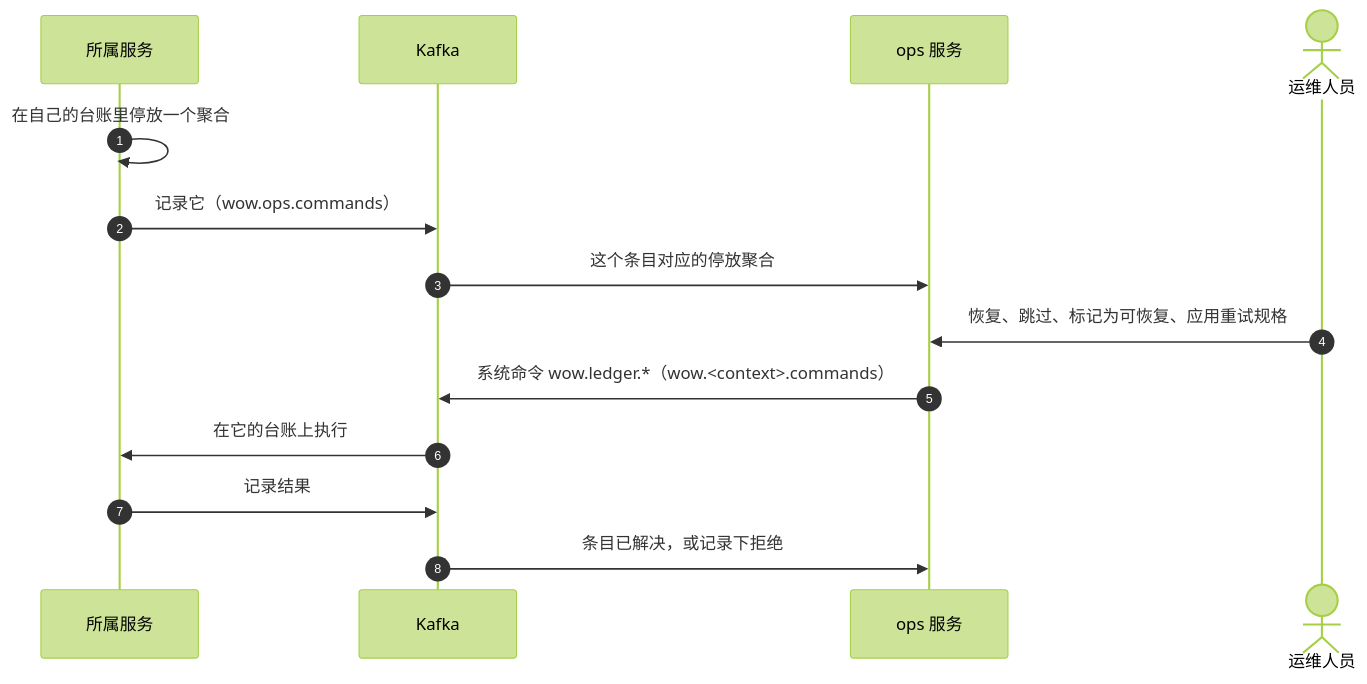
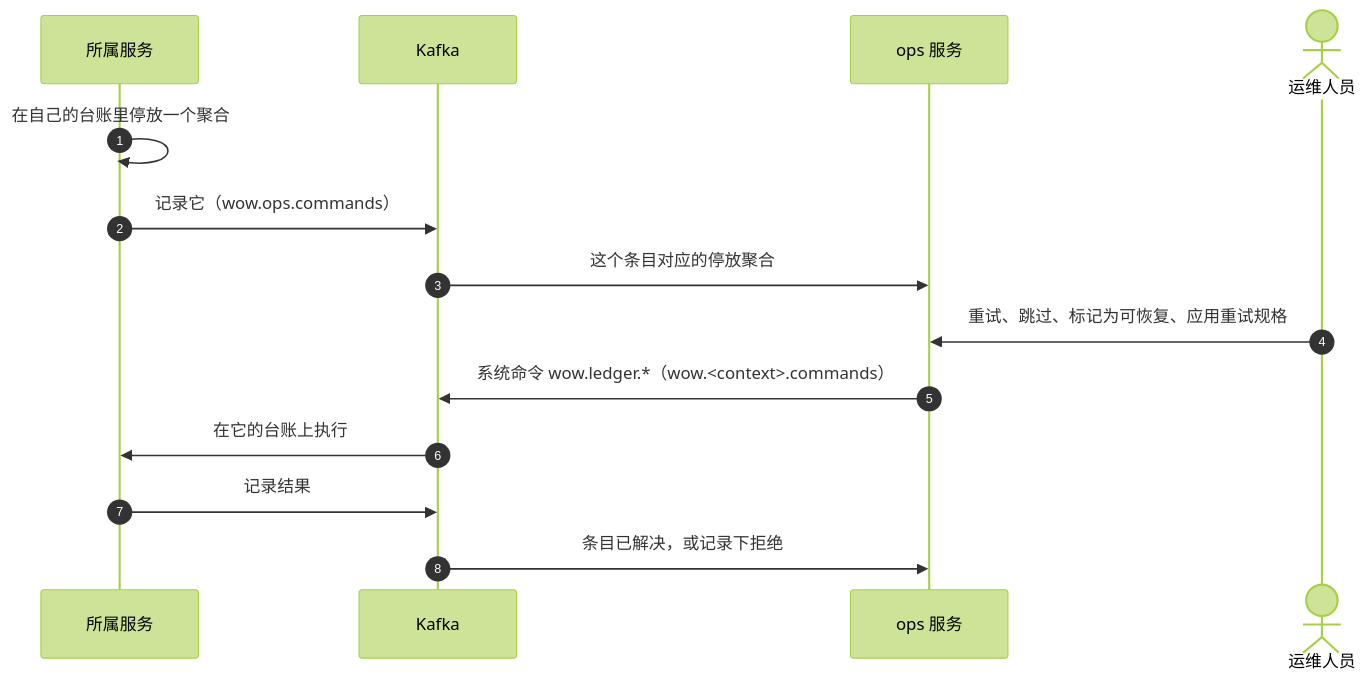
The diagram in documentation/docs/zh/operate/ops-console.md (Ahoo-Wang/Wow), drawn with Mermaid (forest theme) before and after one commit. The commit also changed other lines of this file and 72 other files, not shown here.

````diff
--- a/documentation/docs/zh/operate/ops-console.md
+++ b/documentation/docs/zh/operate/ops-console.md
@@ -12,16 +12,16 @@
 ```mermaid
 sequenceDiagram
     autonumber
     participant S as 所属服务
     participant K as Kafka
     participant O as ops 服务
     actor Op as 运维人员
     S->>S: 在自己的台账里停放一个聚合
     S->>K: 记录它（wow.ops.commands）
     K->>O: 这个条目对应的停放聚合
-    Op->>O: 恢复、跳过、标记为可恢复、应用重试规格
+    Op->>O: 重试、跳过、标记为可恢复、应用重试规格
     O->>K: 系统命令 wow.ledger.*（wow.<context>.commands）
     K->>S: 在它的台账上执行
     S->>K: 记录结果
     K->>O: 条目已解决，或记录下拒绝
 ```
````
